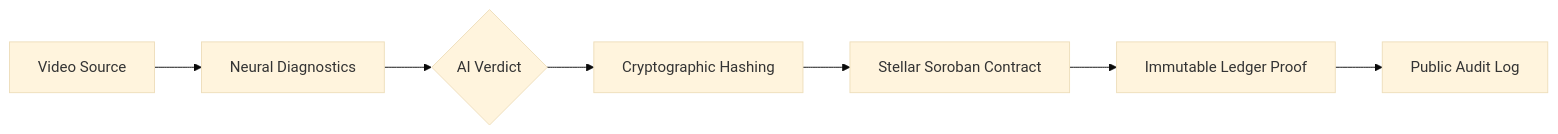
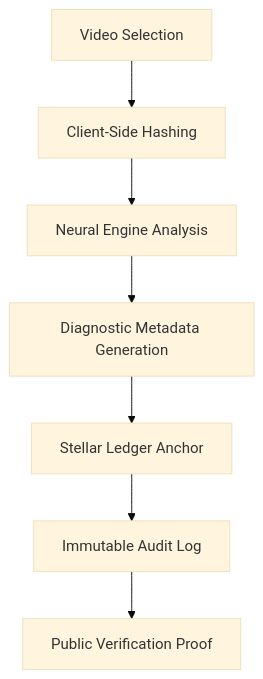
The diagram in README.md (tunisch/AuthentiScan), drawn with Mermaid (base theme) before and after one commit. The commit also changed other lines of this file and 3 other files, not shown here.

Commit message:
docs: Implement premium README with visual assets, clinical technical diagrams, and MIT license

````diff
--- a/README.md
+++ b/README.md
@@ -20,9 +30,9 @@
 ```mermaid
-graph LR
-    A[Video Source] --> B[Neural Diagnostics]
-    B --> C{AI Verdict}
-    C --> D[Cryptographic Hashing]
-    D --> E[Stellar Soroban Contract]
-    E --> F[Immutable Ledger Proof]
-    F --> G[Public Audit Log]
+graph TD
+    A[Video Selection] --> B[Client-Side Hashing]
+    B --> C[Neural Engine Analysis]
+    C --> D[Diagnostic Metadata Generation]
+    D --> E[Stellar Ledger Anchor]
+    E --> F[Immutable Audit Log]
+    F --> G[Public Verification Proof]
 ```
````
